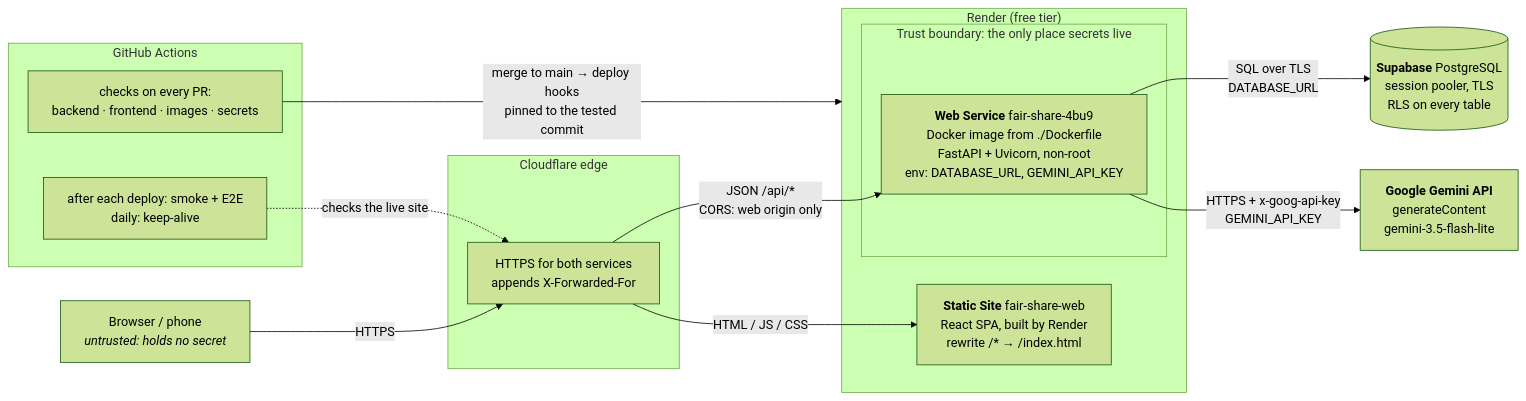
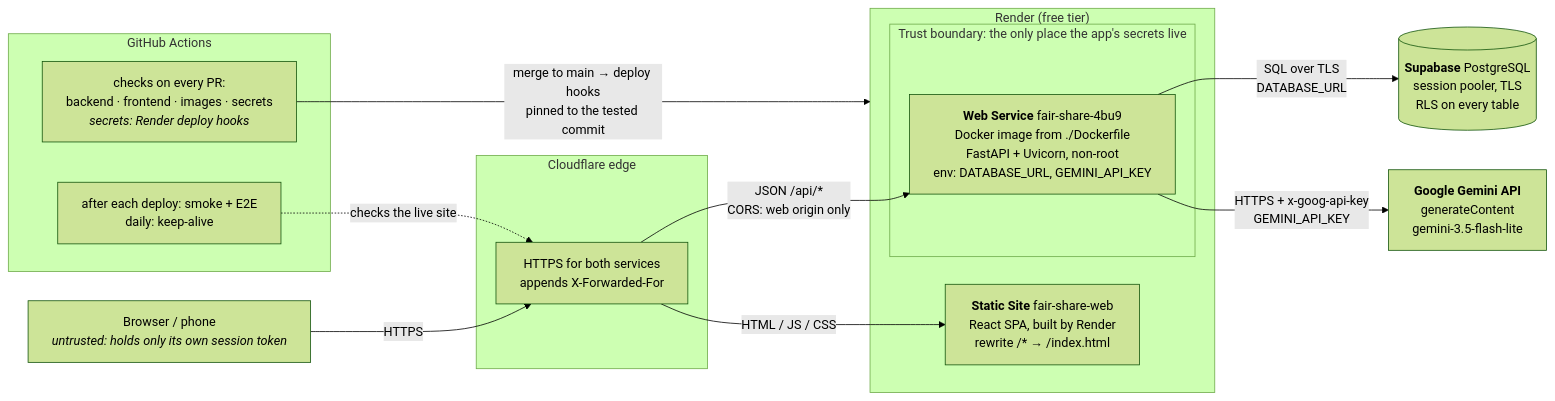
Before and after one commit to NeitLN/Fair-Share: the diagram in docs/diagrams/architecture.mmd, drawn with Mermaid (forest theme). The commit also changed 2 other files, not shown here.

Commit message:
docs(diagrams): review wording on the trust boundary
- "the only place the app's secrets live", and the CI node names its own
  secrets (Render deploy hooks).
- The browser "holds only its own session token", true since #166.

```diff
--- a/docs/diagrams/architecture.mmd
+++ b/docs/diagrams/architecture.mmd
@@ -1,31 +1,31 @@
 %%{init: {"flowchart": {"wrappingWidth": 320}}}%%
 %% Fair-Share in production. Checked against the live services on 22/10/2026 (see docs/diagrams/README.md).
 flowchart LR
-    U["Browser / phone<br/><i>untrusted: holds no secret</i>"]
+    U["Browser / phone<br/><i>untrusted: holds only its own session token</i>"]
 
     subgraph CF["Cloudflare edge"]
         EDGE["HTTPS for both services<br/>appends X-Forwarded-For"]
     end
 
     subgraph Render["Render (free tier)"]
         WEB["<b>Static Site</b> fair-share-web<br/>React SPA, built by Render<br/>rewrite /* → /index.html"]
-        subgraph TRUST["Trust boundary: the only place secrets live"]
+        subgraph TRUST["Trust boundary: the only place the app's secrets live"]
             API["<b>Web Service</b> fair-share-4bu9<br/>Docker image from ./Dockerfile<br/>FastAPI + Uvicorn, non-root<br/>env: DATABASE_URL, GEMINI_API_KEY"]
         end
     end
 
     DB[("<b>Supabase</b> PostgreSQL<br/>session pooler, TLS<br/>RLS on every table")]
     AI["<b>Google Gemini API</b><br/>generateContent<br/>gemini-3.5-flash-lite"]
 
     subgraph GH["GitHub Actions"]
-        CI["checks on every PR:<br/>backend · frontend · images · secrets"]
+        CI["checks on every PR:<br/>backend · frontend · images · secrets<br/><i>secrets: Render deploy hooks</i>"]
         POST["after each deploy: smoke + E2E<br/>daily: keep-alive"]
     end
 
     U -- "HTTPS" --> EDGE
     EDGE -- "HTML / JS / CSS" --> WEB
     EDGE -- "JSON /api/*<br/>CORS: web origin only" --> API
     API -- "SQL over TLS<br/>DATABASE_URL" --> DB
     API -- "HTTPS + x-goog-api-key<br/>GEMINI_API_KEY" --> AI
     CI -- "merge to main → deploy hooks<br/>pinned to the tested commit" --> Render
     POST -. "checks the live site" .-> EDGE
```
